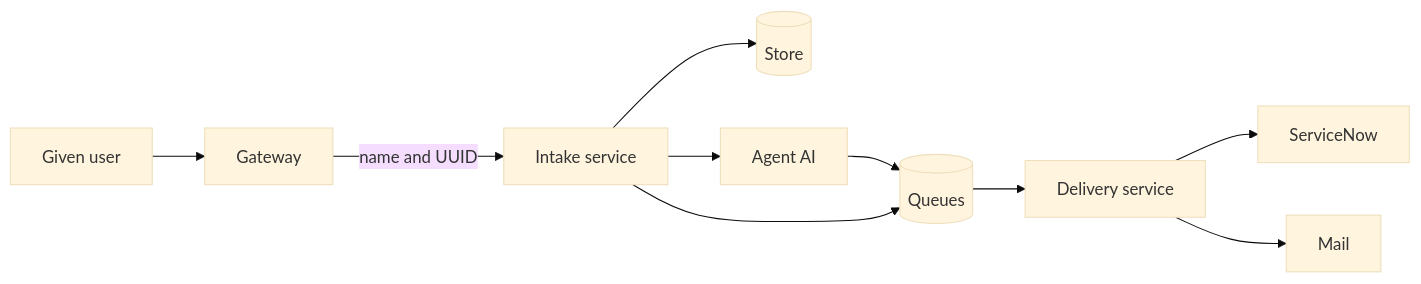
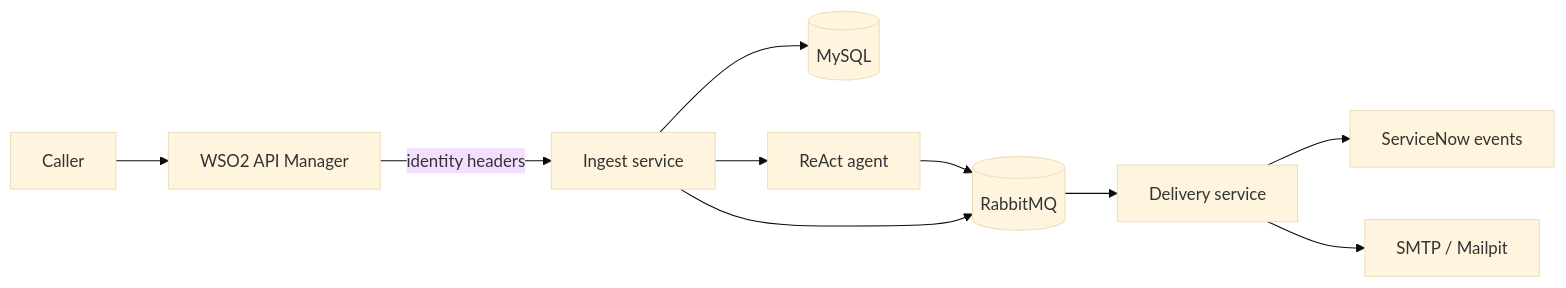
One commit to matpet00/Demo_project changed the diagram in README.md. Above: the diagram before and after it, drawn with Mermaid (base theme). The commit also changed other lines of this file, not shown here.

First line of the commit message:
Rewrite README for employers: ITIL events, WSO2, and queues.

````diff
--- a/README.md
+++ b/README.md
@@ -22,12 +20,12 @@
 ```mermaid
 flowchart LR
-    user[Given user] --> gate[Gateway]
-    gate -->|"name and UUID"| intake[Intake service]
-    intake --> store[(Store)]
-    intake --> agent[Agent AI]
-    agent --> queues[(Queues)]
+    user[Caller] --> gate[WSO2 API Manager]
+    gate -->|"identity headers"| intake[Ingest service]
+    intake --> store[(MySQL)]
+    intake --> agent[ReAct agent]
+    agent --> queues[(RabbitMQ)]
     intake --> queues
     queues --> delivery[Delivery service]
-    delivery --> snow[ServiceNow]
-    delivery --> mail[Mail]
+    delivery --> snow[ServiceNow events]
+    delivery --> mail[SMTP / Mailpit]
 ```
````
